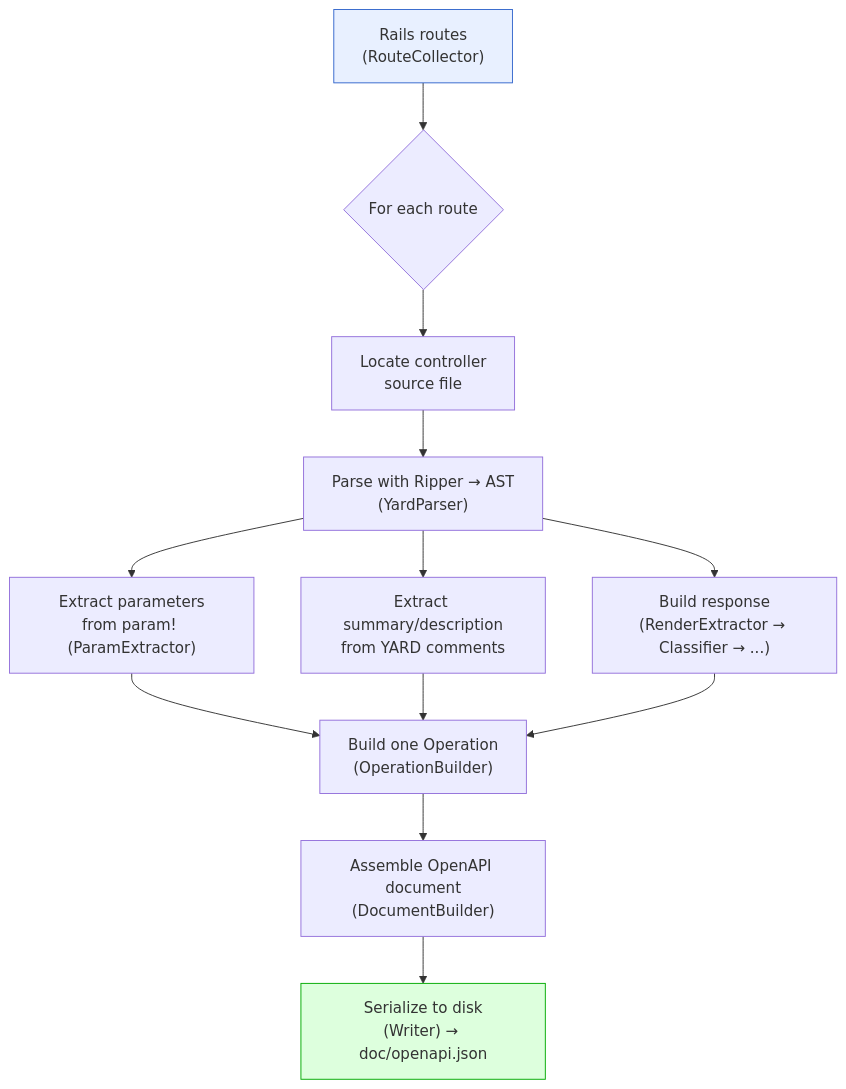
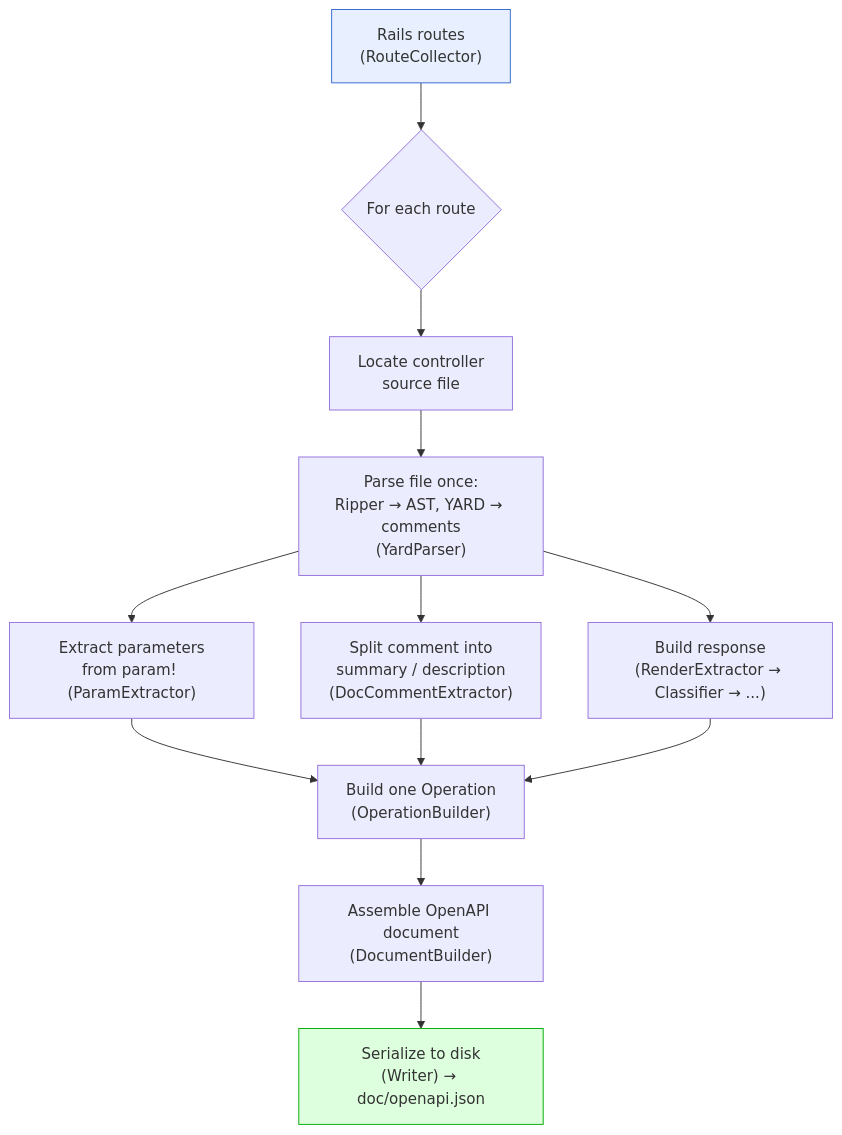
The third of 5 diagrams in docs/approach-presentation.md (tonystrawberry/rails-openapi-generator), drawn with Mermaid before and after one commit. The commit also changed other lines of this file and 1 other file, not shown here.

````diff
--- a/docs/approach-presentation.md
+++ b/docs/approach-presentation.md
@@ -237,21 +203,21 @@
 ```mermaid
 flowchart TD
     Routes["Rails routes<br>(RouteCollector)"] --> Loop{"For each route"}
 
     Loop --> Locate["Locate controller<br>source file"]
-    Locate --> Parse["Parse with Ripper → AST<br>(YardParser)"]
+    Locate --> Parse["Parse file once:<br>Ripper → AST, YARD → comments<br>(YardParser)"]
 
     Parse --> Params["Extract parameters<br>from param! (ParamExtractor)"]
-    Parse --> Docs["Extract summary/description<br>from YARD comments"]
+    Parse --> Docs["Split comment into<br>summary / description<br>(DocCommentExtractor)"]
     Parse --> Resp["Build response<br>(RenderExtractor → Classifier → ...)"]
 
     Params --> Op["Build one Operation<br>(OperationBuilder)"]
     Docs --> Op
     Resp --> Op
 
     Op --> Doc["Assemble OpenAPI document<br>(DocumentBuilder)"]
     Doc --> Write["Serialize to disk<br>(Writer) → doc/openapi.json"]
 
     style Routes fill:#e8f0ff,stroke:#3366cc
     style Write fill:#ddffdd,stroke:#0a0
 ```
````
